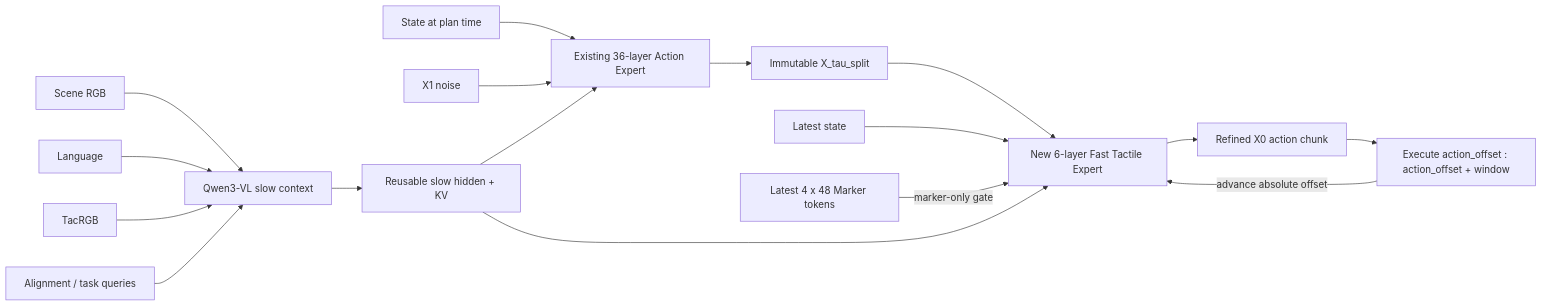
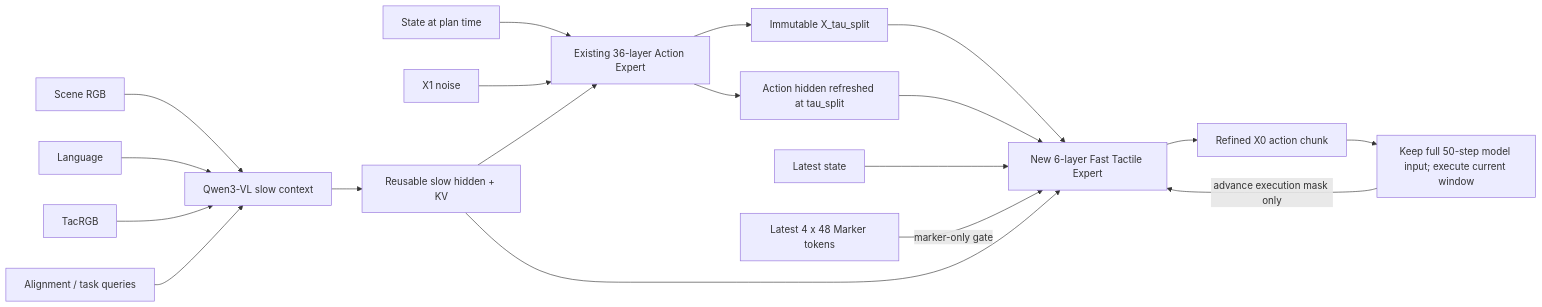
Before and after one commit to TQQ776/lingbot-vla-v2: the diagram in docs/VTLA_CASCADED_TACTILE_FLOW_ARCHITECTURE.md, drawn with Mermaid. The commit also changed other lines of this file and 7 other files, not shown here.

Commit message:
fix: condition online tactile refinement on slow action plan

````diff
--- a/docs/VTLA_CASCADED_TACTILE_FLOW_ARCHITECTURE.md
+++ b/docs/VTLA_CASCADED_TACTILE_FLOW_ARCHITECTURE.md
@@ -6,21 +6,23 @@
 ```mermaid
 flowchart LR
     scene[Scene RGB] --> slow[Qwen3-VL slow context]
     lang[Language] --> slow
     tacrgb[TacRGB] --> slow
     query[Alignment / task queries] --> slow
     slow --> context[Reusable slow hidden + KV]
 
     state0[State at plan time] --> action[Existing 36-layer Action Expert]
     noise[X1 noise] --> action
     context --> action
     action --> split[Immutable X_tau_split]
+    action --> planctx[Action hidden refreshed at tau_split]
 
     split --> tactile[New 6-layer Fast Tactile Expert]
+    planctx --> tactile
     state1[Latest state] --> tactile
     marker[Latest 4 x 48 Marker tokens] -->|marker-only gate| tactile
     context --> tactile
     tactile --> refined[Refined X0 action chunk]
-    refined --> window[Execute action_offset : action_offset + window]
-    window -->|advance absolute offset| tactile
+    refined --> window[Keep full 50-step model input; execute current window]
+    window -->|advance execution mask only| tactile
 ```
````
